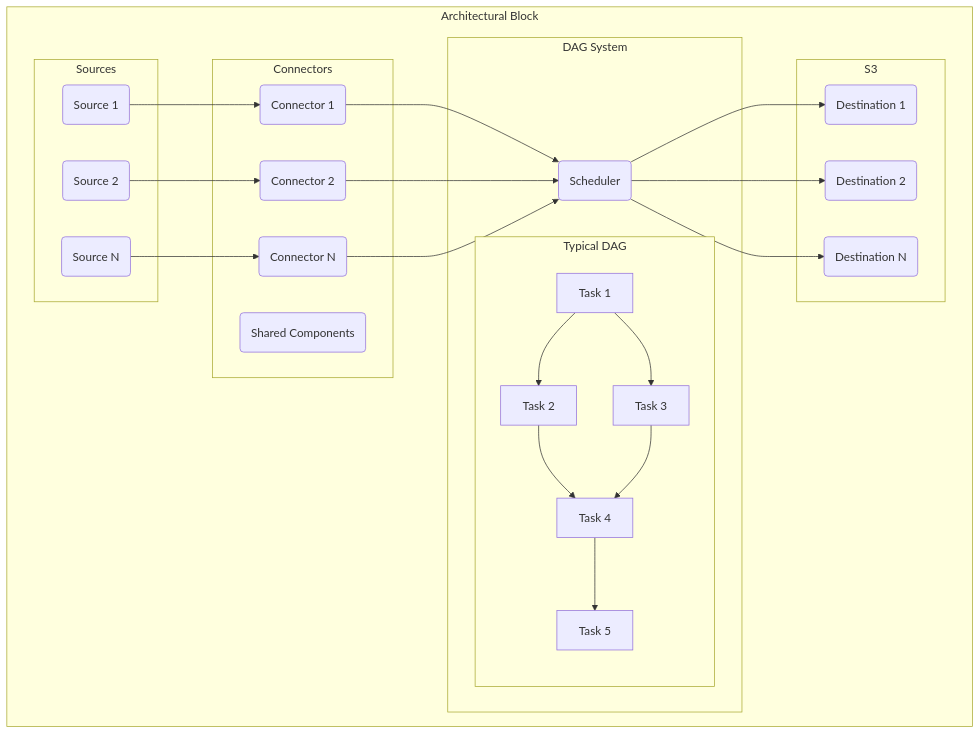
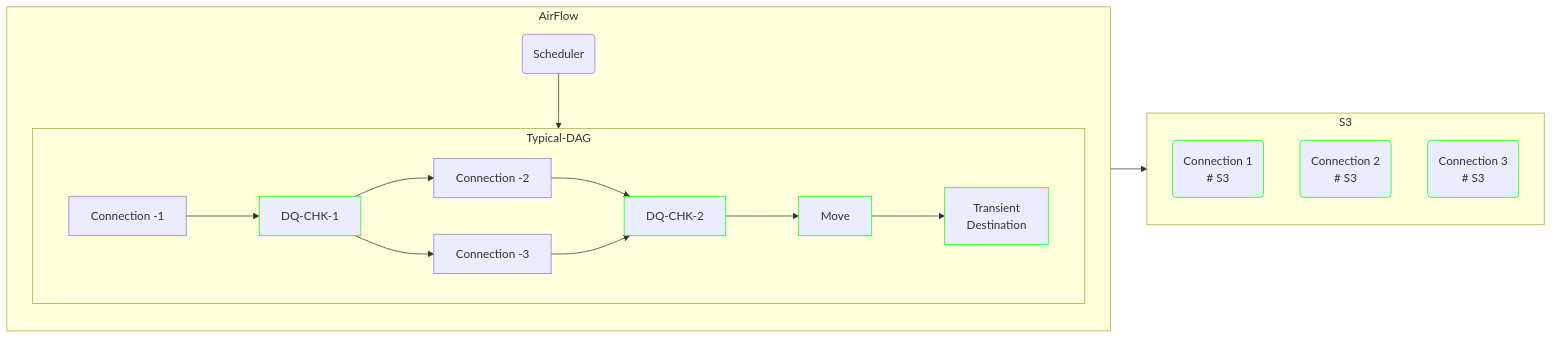
The second of 10 diagrams in README.md (peddadap/design_templates), drawn with Mermaid before and after one commit. The commit also changed other lines of this file and 1 other file, not shown here.

Commit message:
update to flows

````diff
--- a/README.md
+++ b/README.md
@@ -56,55 +87,32 @@
 ```mermaid
-
-graph TB
-  
-  subgraph "Architectural Block"
-    subgraph "Sources" 
-      A(Source 1)
-      B(Source 2)
-      C(Source N)
+flowchart LR
+   subgraph "AirFlow"
+        G(Scheduler)
+        subgraph "Typical-DAG"
+            1[Connection -1]
+            2[DQ-CHK-1]:::module
+            3[Connection -2]
+            4[Connection -3]
+            5[DQ-CHK-2]:::module
+            6[Move]:::module
+            7[Transient \n Destination]:::module
+        end
     end
-
-    subgraph "Connectors"
-      D(Connector 1)
-      E(Connector 2)
-      F(Connector N)
-      SC(Shared Components)
+    
+    subgraph "S3"
+        S3.1(Connection 1 \n # S3):::module
+        S3.2(Connection 2 \n # S3):::module
+        S3.3(Connection 3 \n # S3):::module
     end
-
-    subgraph "DAG System"
-      G(Scheduler)
-      subgraph "Typical DAG"
-        1[Task 1]
-        2[Task 2]
-        3[Task 3]
-        4[Task 4]
-        5[Task 5]
-    end
-    end
-
- 
-    subgraph "S3"
-      I(Destination 1)
-      J(Destination 2)
-      K(Destination N)
-    end
-end
-
-  A --> D
-  B --> E
-  C --> F
-  D --> G
-  E --> G
-  F --> G
-
-  G --> I
-  G --> J
-  G --> K
-  1--> 2
-  1 --> 3
-  2 --> 4
-  3 --> 4
-  4 --> 5
-
+    classDef module stroke:#0f0
+    1--> 2
+    2 --> 3
+    2 --> 4
+    3--> 5
+    4-->5
+    5-->6
+    6-->7
+    G-->Typical-DAG
+    AirFlow-->S3
 
 ```
````
